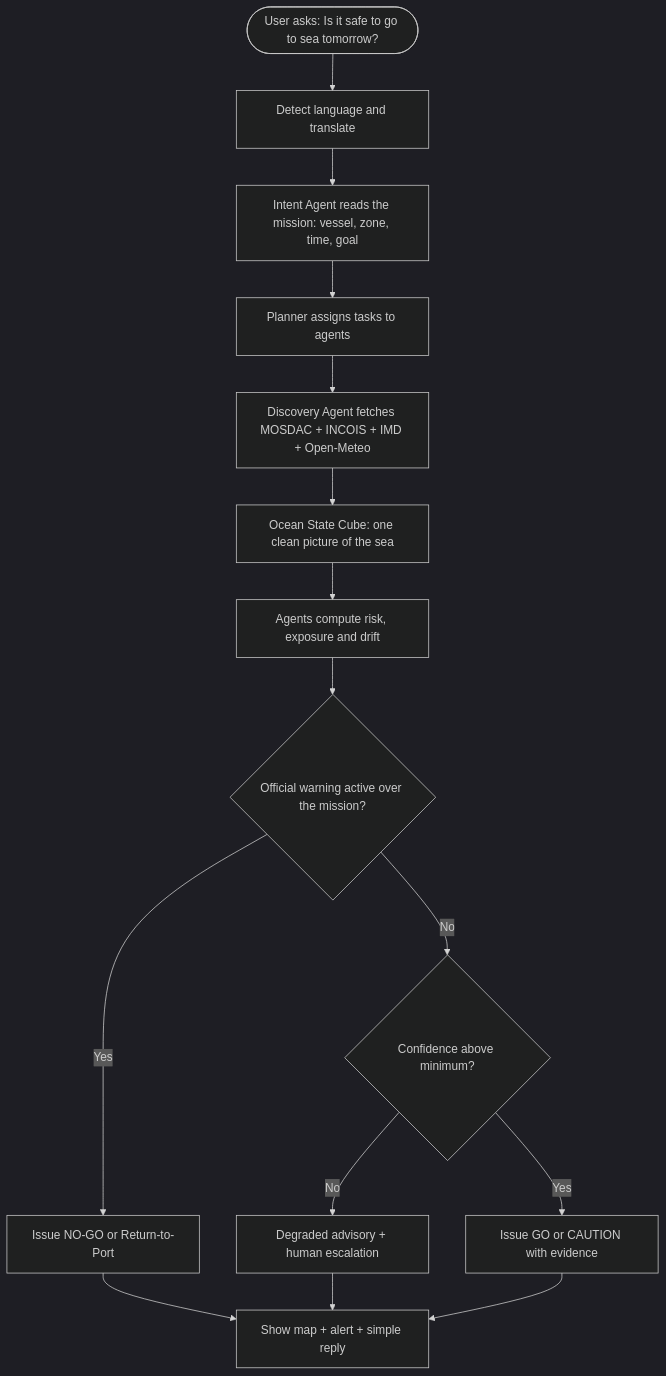
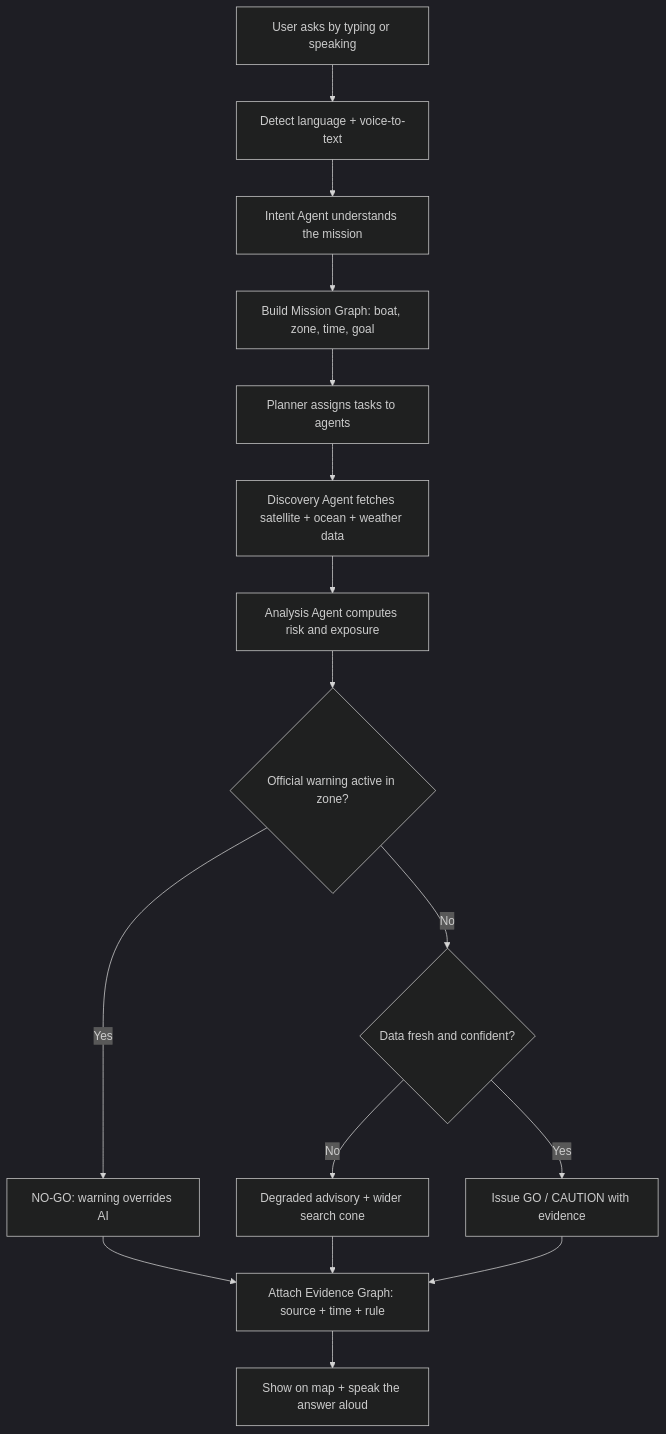
The first of 5 diagrams in README.md (muzzammilsalim2006-lab/orca-1), drawn with Mermaid (dark theme) before and after one commit. The commit also changed other lines of this file, not shown here.

````diff
--- a/README.md
+++ b/README.md
@@ -141,17 +54,18 @@
 ```mermaid
-flowchart TD
-    Start(["User asks: Is it safe to go to sea tomorrow?"]) --> Lang["Detect language and translate"]
-    Lang --> Intent["Intent Agent reads the mission: vessel, zone, time, goal"]
-    Intent --> Plan["Planner assigns tasks to agents"]
-    Plan --> Fetch["Discovery Agent fetches MOSDAC + INCOIS + IMD + Open-Meteo"]
-    Fetch --> Cube["Ocean State Cube: one clean picture of the sea"]
-    Cube --> Reason["Agents compute risk, exposure and drift"]
-    Reason --> Veto{"Official warning active over the mission?"}
-    Veto -- Yes --> NoGo["Issue NO-GO or Return-to-Port"]
-    Veto -- No --> Conf{"Confidence above minimum?"}
-    Conf -- No --> Deg["Degraded advisory + human escalation"]
-    Conf -- Yes --> Go["Issue GO or CAUTION with evidence"]
-    NoGo --> Out["Show map + alert + simple reply"]
-    Deg --> Out
-    Go --> Out
+graph TD
+    S[User asks by typing or speaking] --> L[Detect language + voice-to-text]
+    L --> I[Intent Agent understands the mission]
+    I --> M[Build Mission Graph: boat, zone, time, goal]
+    M --> P[Planner assigns tasks to agents]
+    P --> F[Discovery Agent fetches satellite + ocean + weather data]
+    F --> R[Analysis Agent computes risk and exposure]
+    R --> V{Official warning active in zone?}
+    V -- Yes --> N[NO-GO: warning overrides AI]
+    V -- No --> C{Data fresh and confident?}
+    C -- No --> DG[Degraded advisory + wider search cone]
+    C -- Yes --> G[Issue GO / CAUTION with evidence]
+    N --> E[Attach Evidence Graph: source + time + rule]
+    DG --> E
+    G --> E
+    E --> O[Show on map + speak the answer aloud]
 ```
````
